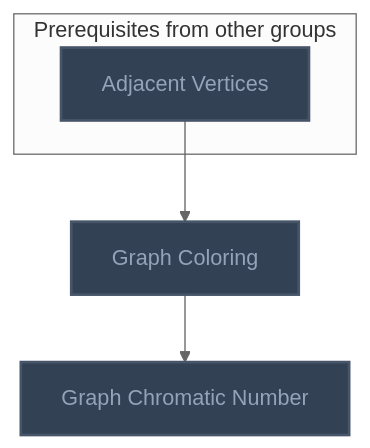
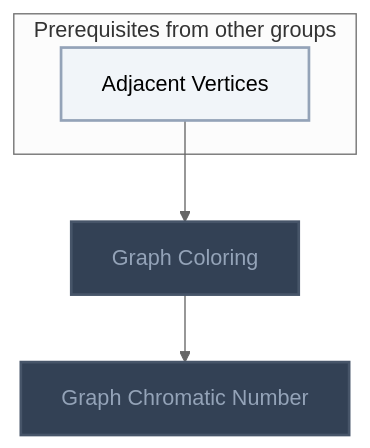
One commit to MRauf1/My-Notes changed the third of 10 diagrams in Gamification/Skill Trees/Theoretical Computer Science.md. Above: the diagram before and after it, drawn with Mermaid (neutral theme). The commit also changed other lines of this file and 145 other files, not shown here.

````diff
--- a/Gamification/Skill Trees/Theoretical Computer Science.md
+++ b/Gamification/Skill Trees/Theoretical Computer Science.md
@@ -156,21 +156,22 @@
 ```mermaid
 flowchart TD
     classDef planned fill:#1E293B,stroke:#64748B,stroke-width:2px,stroke-dasharray:5 5,color:#94A3B8;
     classDef locked fill:#334155,stroke:#475569,stroke-width:2px,color:#94A3B8;
     classDef L0 fill:#F1F5F9,stroke:#94A3B8,stroke-width:2px,color:#000000;
     classDef L1 fill:#22C55E,stroke:#15803D,stroke-width:2px,color:#000000;
     classDef L2 fill:#3B82F6,stroke:#1D4ED8,stroke-width:3px,color:#FFFFFF;
     classDef L3 fill:#A855F7,stroke:#6B21A8,stroke-width:3px,color:#FFFFFF,font-weight:bold;
     classDef L4 fill:#F97316,stroke:#C2410C,stroke-width:4px,color:#000000,font-weight:bold;
     classDef L5 fill:#FFD700,stroke:#FF8C00,stroke-width:5px,color:#000000,font-weight:bold;
     classDef rusty stroke:#8B4513,stroke-width:4px,stroke-dasharray:3 3;
     subgraph sg_prereqs["Prerequisites from other groups"]
         n_adjacent_vertices["Adjacent Vertices"]
     end
     n_graph_coloring["Graph Coloring"]
     n_graph_chromatic_number["Graph Chromatic Number"]
     n_adjacent_vertices --> n_graph_coloring
     n_graph_coloring --> n_graph_chromatic_number
-    class n_adjacent_vertices,n_graph_coloring,n_graph_chromatic_number locked;
+    class n_graph_coloring,n_graph_chromatic_number locked;
+    class n_adjacent_vertices L0;
     class n_adjacent_vertices,n_graph_coloring,n_graph_chromatic_number internal-link;
 ```
````
